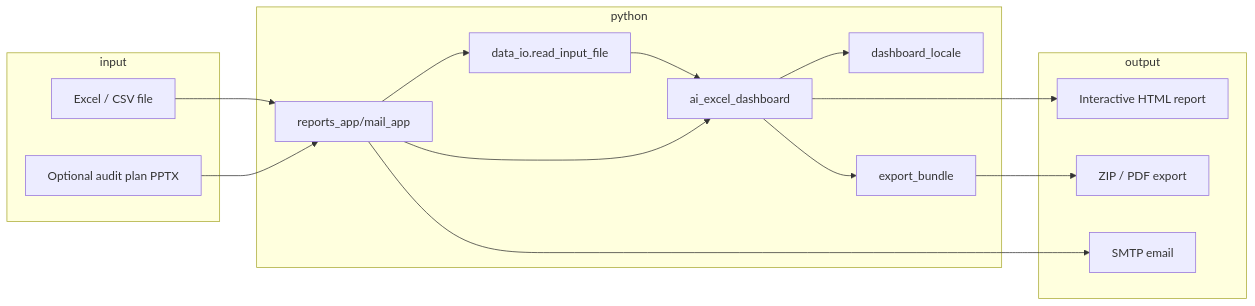
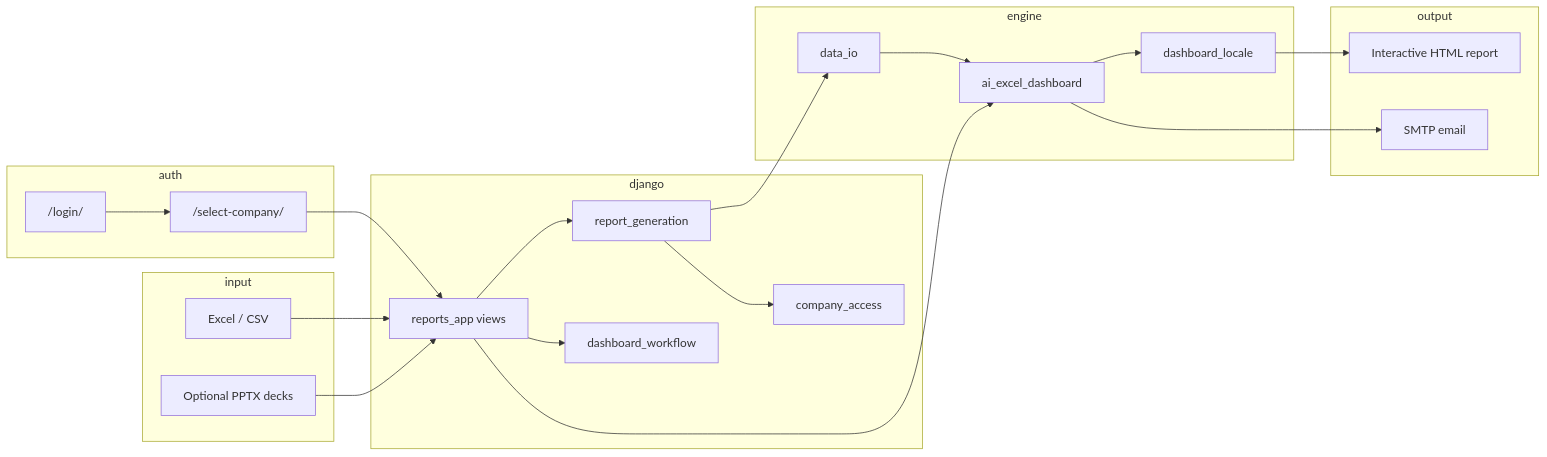
One commit to bassam123-2/-excel-audit-dashboard changed the diagram in docs/ARCHITECTURE.md. Above: the diagram before and after it, drawn with Mermaid. The commit also changed other lines of this file and 59 other files, not shown here.

````diff
--- a/docs/ARCHITECTURE.md
+++ b/docs/ARCHITECTURE.md
@@ -5,28 +5,38 @@
 ```mermaid
 flowchart LR
-  subgraph input
-    XLSX[Excel / CSV file]
-    PPTX[Optional audit plan PPTX]
+  subgraph auth
+    LOGIN["/login/"]
+    CO["/select-company/"]
   end
 
-  subgraph python
-    DJANGO[reports_app/mail_app]
-    IO[data_io.read_input_file]
+  subgraph input
+    XLSX[Excel / CSV]
+    PPTX[Optional PPTX decks]
+  end
+
+  subgraph django
+    VIEWS[reports_app views]
+    RG[report_generation]
+    WF[dashboard_workflow]
+    CA[company_access]
+  end
+
+  subgraph engine
+    IO[data_io]
     CORE[ai_excel_dashboard]
     LOC[dashboard_locale]
-    EXP[export_bundle]
   end
 
   subgraph output
     HTML[Interactive HTML report]
-    ZIP[ZIP / PDF export]
     MAIL[SMTP email]
   end
 
-  XLSX --> DJANGO --> IO --> CORE
-  PPTX --> DJANGO --> CORE
-  CORE --> LOC
-  CORE --> HTML
-  CORE --> EXP --> ZIP
-  DJANGO --> MAIL
+  LOGIN --> CO --> VIEWS
+  XLSX --> VIEWS --> RG --> IO --> CORE
+  RG --> CA
+  VIEWS --> WF
+  PPTX --> VIEWS --> CORE
+  CORE --> LOC --> HTML
+  CORE --> MAIL
 ```
````
